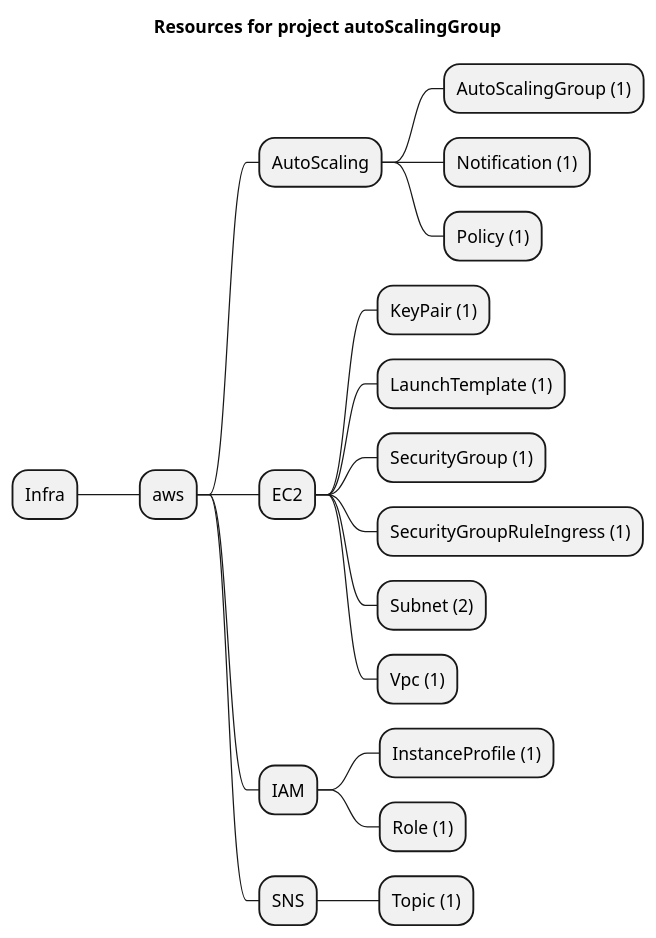
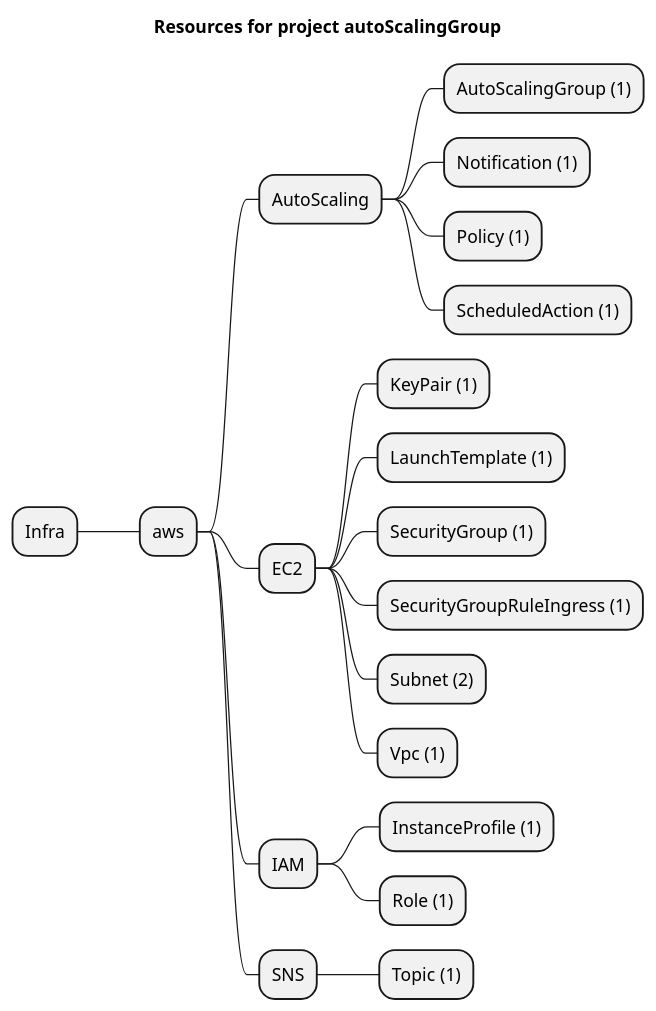
One commit to grucloud/grucloud changed the diagram in examples/aws/AutoScaling/autoScalingGroup/artifacts/resources-mindmap.puml. Above: the diagram before and after it, drawn with PlantUML. The commit also changed 8 other files, not shown here.

Commit message:
AutoScalingScheduledAction

```diff
--- a/examples/aws/AutoScaling/autoScalingGroup/artifacts/resources-mindmap.puml
+++ b/examples/aws/AutoScaling/autoScalingGroup/artifacts/resources-mindmap.puml
@@ -1,22 +1,23 @@
 @startmindmap
 title Resources for project autoScalingGroup
 skinparam monochrome true
 + Infra
 ++ aws
 +++ AutoScaling
 ++++ AutoScalingGroup (1)
 ++++ Notification (1)
 ++++ Policy (1)
+++++ ScheduledAction (1)
 +++ EC2
 ++++ KeyPair (1)
 ++++ LaunchTemplate (1)
 ++++ SecurityGroup (1)
 ++++ SecurityGroupRuleIngress (1)
 ++++ Subnet (2)
 ++++ Vpc (1)
 +++ IAM
 ++++ InstanceProfile (1)
 ++++ Role (1)
 +++ SNS
 ++++ Topic (1)
 @endmindmap
```
